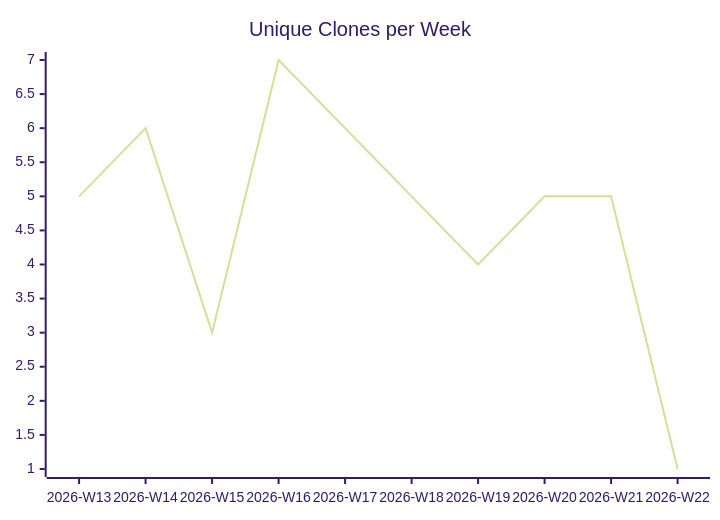
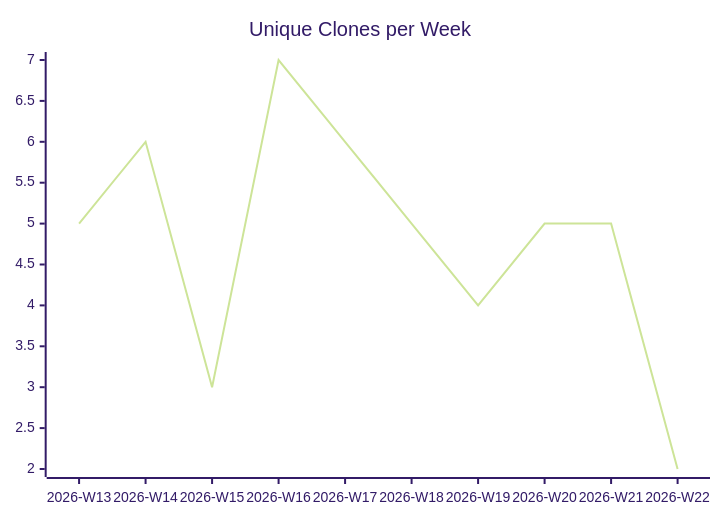
The third of 3 diagrams in karlmdavis/kxml2/README.md (justdavis-family/github-analytics-data), drawn with Mermaid (forest theme) before and after one commit. The commit also changed other lines of this file and 189 other files, not shown here.

````diff
--- a/karlmdavis/kxml2/README.md
+++ b/karlmdavis/kxml2/README.md
@@ -19,6 +19,6 @@
 ```mermaid
 xychart-beta
   title "Unique Clones per Week"
   x-axis ["2026-W13", "2026-W14", "2026-W15", "2026-W16", "2026-W17", "2026-W18", "2026-W19", "2026-W20", "2026-W21", "2026-W22"]
-  line [5, 6, 3, 7, 6, 5, 4, 5, 5, 1]
+  line [5, 6, 3, 7, 6, 5, 4, 5, 5, 2]
 ```
````
